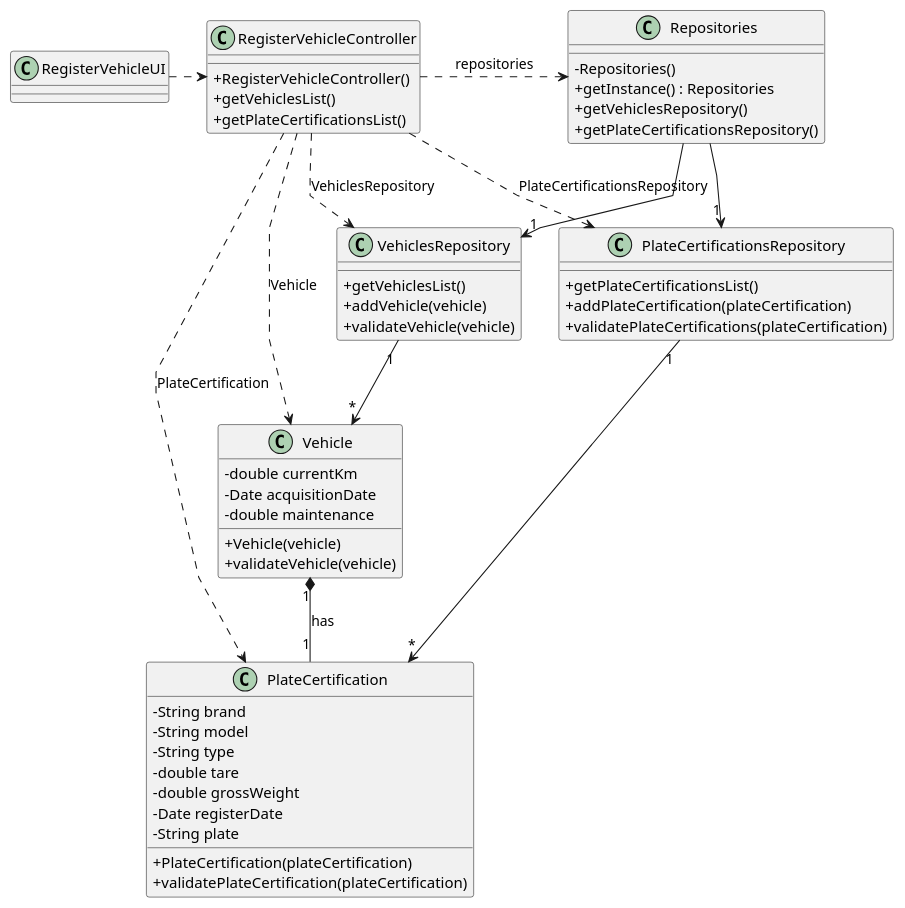
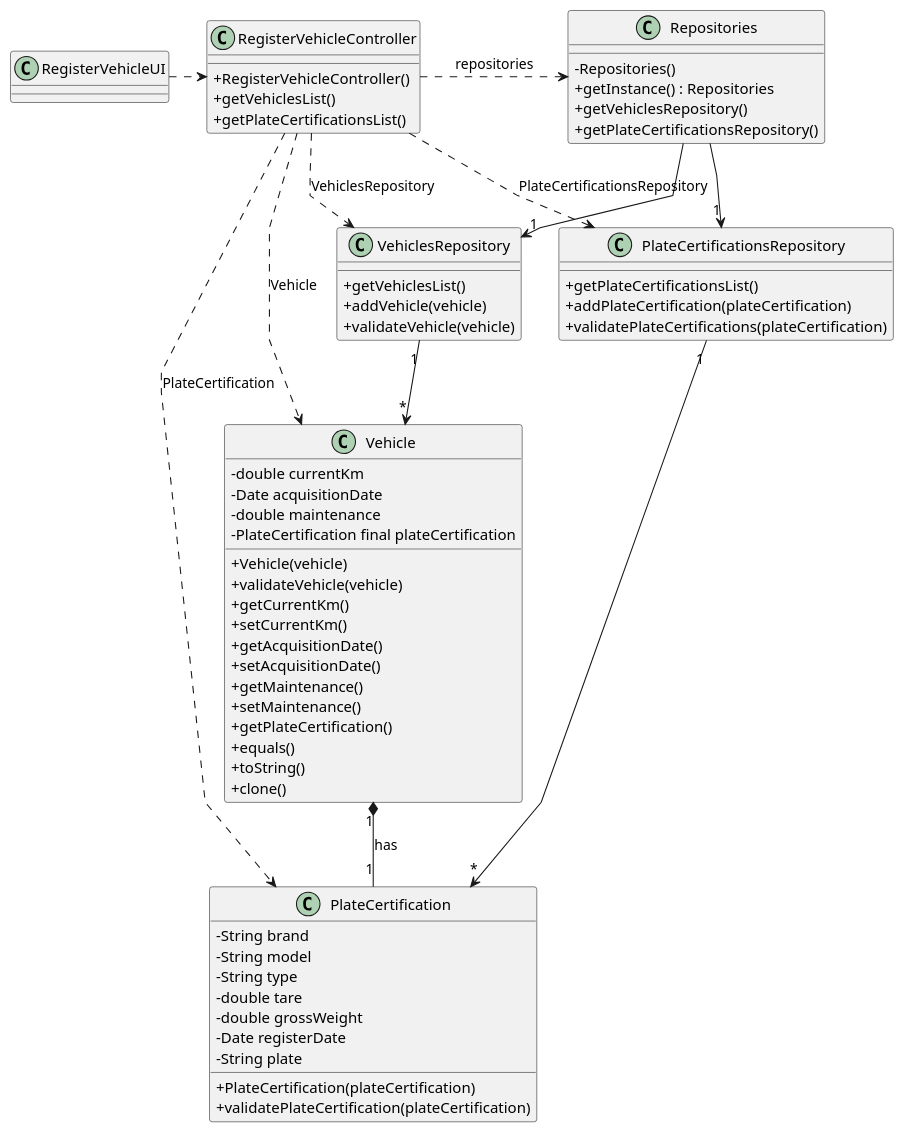
One commit to 1231360-ISEP/lei-24-s2-1db-g021 changed the diagram in docs/sprint2/us006/03.design/puml/us006-class-diagram.puml. Above: the diagram before and after it, drawn with PlantUML.

Commit message:
modify us6 class diagram and SVG

```diff
--- a/docs/sprint2/us006/03.design/puml/us006-class-diagram.puml
+++ b/docs/sprint2/us006/03.design/puml/us006-class-diagram.puml
@@ -1,74 +1,85 @@
 @startuml
 skinparam packageStyle rectangle
 skinparam shadowing false
 skinparam linetype polyline
 skinparam classAttributeIconSize 0
 
 class RegisterVehicleUI {
 }
 
 class RegisterVehicleController {
     + RegisterVehicleController()
     + getVehiclesList()
     + getPlateCertificationsList()
 }
 
 class Repositories {
     - Repositories()
     + getInstance() : Repositories
     + getVehiclesRepository()
     + getPlateCertificationsRepository()
 }
 
 class Vehicle {
     - double currentKm
     - Date acquisitionDate
     - double maintenance
+    -PlateCertification final plateCertification
     + Vehicle(vehicle)
     + validateVehicle(vehicle)
+    + getCurrentKm()
+    + setCurrentKm()
+    + getAcquisitionDate()
+    + setAcquisitionDate()
+    + getMaintenance()
+    + setMaintenance()
+    + getPlateCertification()
+    + equals()
+    + toString()
+    + clone()
 }
 
 class VehiclesRepository {
     + getVehiclesList()
     + addVehicle(vehicle)
     + validateVehicle(vehicle)
 }
 
 class PlateCertification {
     - String brand
     - String model
     - String type
     - double tare
     - double grossWeight
     - Date registerDate
     - String plate
     + PlateCertification(plateCertification)
     + validatePlateCertification(plateCertification)
 }
 
 class PlateCertificationsRepository {
     + getPlateCertificationsList()
     + addPlateCertification(plateCertification)
     + validatePlateCertifications(plateCertification)
 }
 
 RegisterVehicleUI .> RegisterVehicleController
 
 RegisterVehicleController .> Repositories : repositories
 Repositories --> "1" VehiclesRepository
 
 RegisterVehicleController ..> Vehicle : Vehicle
 RegisterVehicleController ..> VehiclesRepository : VehiclesRepository
 
 VehiclesRepository "1" --> "*" Vehicle
 
 Repositories --> "1" PlateCertificationsRepository
 
 RegisterVehicleController ..> PlateCertification : PlateCertification
 RegisterVehicleController ..> PlateCertificationsRepository : PlateCertificationsRepository
 
 PlateCertificationsRepository "1" --> "*" PlateCertification
 
 Vehicle "1" *-- "1" PlateCertification : has
 
 @enduml
```
